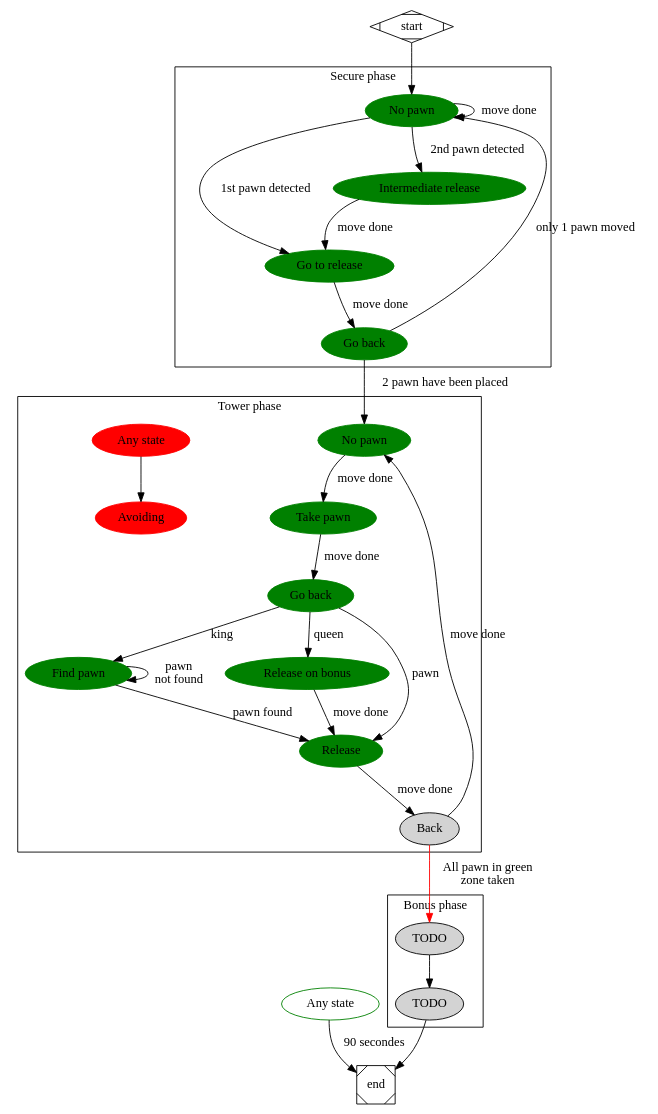
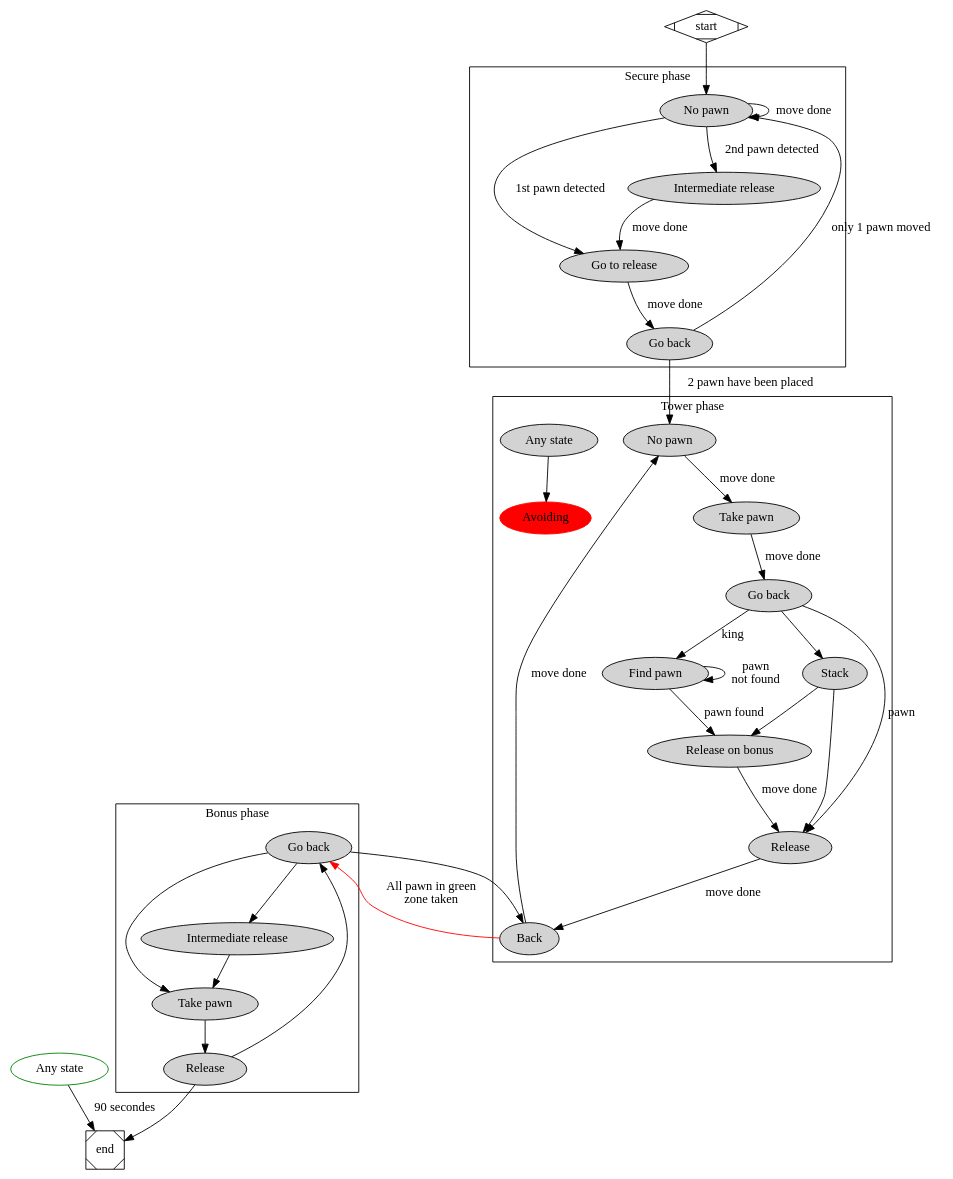
Before and after one commit to JBot/Maximus: the diagram in graph/decisions_global.dot, drawn with Graphviz. The commit also changed 2 other files, not shown here.

```diff
--- a/graph/decisions_global.dot
+++ b/graph/decisions_global.dot
@@ -1,82 +1,95 @@
 digraph G {
 
 	any_state_global [label = "Any state", color = green];
 
 	subgraph cluster_0 {
 		color=black
 		node [style=filled];
-		no_pawn1 [label = "No pawn", color = green];
-	        goto_release1 [label = "Go to release", color = green];
-        	go_back1 [label = "Go back", color = green];
-        	intermediate_release1 [label = "Intermediate release", color = green];
+		no_pawn1 [label = "No pawn"];
+	        goto_release1 [label = "Go to release"];
+        	go_back1 [label = "Go back"];
+        	intermediate_release1 [label = "Intermediate release"];
 
         	no_pawn1 -> no_pawn1 [label = "move done"];
 
         	no_pawn1 -> goto_release1 [label = "1st pawn detected"];
 		
                 no_pawn1 -> intermediate_release1 [label = "2nd pawn detected"];		
         	intermediate_release1 -> goto_release1 [label = "move done"];
 
         	goto_release1 -> go_back1 [label = "move done"];
 
         	go_back1 -> no_pawn1 [label = "only 1 pawn moved"];
 		label = "Secure phase";
 	}
 
 	subgraph cluster_1 {
 		node [style=filled];
-		no_pawn2  [label = "No pawn", color = green];
-		take_pawn2  [label = "Take pawn", color = green];
-		go_back2  [label = "Go back", color = green];
+		no_pawn2  [label = "No pawn"];
+		take_pawn2  [label = "Take pawn"];
+		go_back2  [label = "Go back"];
 		back2  [label = "Back"];
-		find_pawn2  [label = "Find pawn", color = green];
-		release_on_bonus2  [label = "Release on bonus", color = green];
-		release2  [label = "Release", color = green];
-		any_states2  [label = "Any state", color = red];
+		find_pawn2  [label = "Find pawn"];
+		release_on_bonus2  [label = "Release on bonus"];
+		release2  [label = "Release"];
+		any_states2  [label = "Any state"];
 		avoiding2  [label = "Avoiding", color = red];
+		stack2  [label = "Stack"];
 
 		
 		no_pawn2 -> take_pawn2 [label = "move done"];
 		take_pawn2 -> go_back2 [label = "move done"];
 		
 		go_back2 -> release2 [label = "pawn"];
-		go_back2 -> release_on_bonus2 [label = "queen"];
 		go_back2 -> find_pawn2 [label = "king"];
+		go_back2 -> stack2;
 		
+		stack2 -> release2;
+		stack2 -> release_on_bonus2;
+
 		find_pawn2 -> find_pawn2 [label = "pawn \nnot found"];
 
-		find_pawn2 -> release2 [label = "pawn found"];	
+		find_pawn2 -> release_on_bonus2 [label = "pawn found"];	
 		release2 -> back2 [label = "move done"];
 		back2 -> no_pawn2 [label = "move done"];
 		
 		release_on_bonus2 -> release2 [label = "move done"];
 		
 		any_states2 -> avoiding2;
 
 		label = "Tower phase";
 		color=black
 	}
 
         subgraph cluster_2 {
                 node [style=filled];
-                no_pawn3 [label = "TODO"];
-                take_pawn3 [label = "TODO"];
+		go_back3  [label = "Go back"];
+		take_pawn3  [label = "Take pawn"];
+		intermediate_release3  [label = "Intermediate release"];
+		release3  [label = "Release"];
 
-                no_pawn3 -> take_pawn3;
+		go_back3 -> intermediate_release3;
+		go_back3 -> take_pawn3;
 
+		intermediate_release3 -> take_pawn3;
+
+		take_pawn3 -> release3;
+
+		release3 -> go_back3;
 
                 label = "Bonus phase";
                 color=black
         }
 
 
 	start -> no_pawn1;
         go_back1 -> no_pawn2 [label = "2 pawn have been placed"];
-	back2 -> no_pawn3 [label = "All pawn in green \nzone taken", color = red];
-	take_pawn3 -> end;
+	back2 -> go_back3 [label = "All pawn in green \nzone taken", color = red];
+	go_back3 -> back2;
+	release3 -> end;
 
 	any_state_global -> end [label = "90 secondes"];
 
 	start [shape=Mdiamond];
 	end [shape=Msquare];
 }
```
